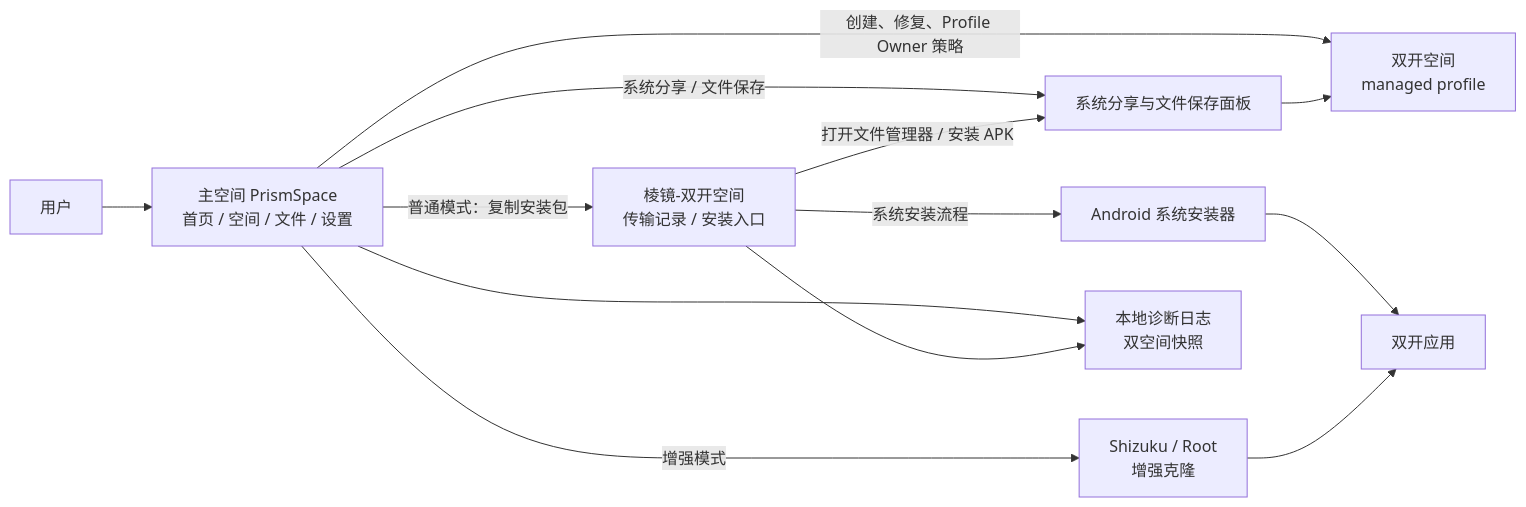
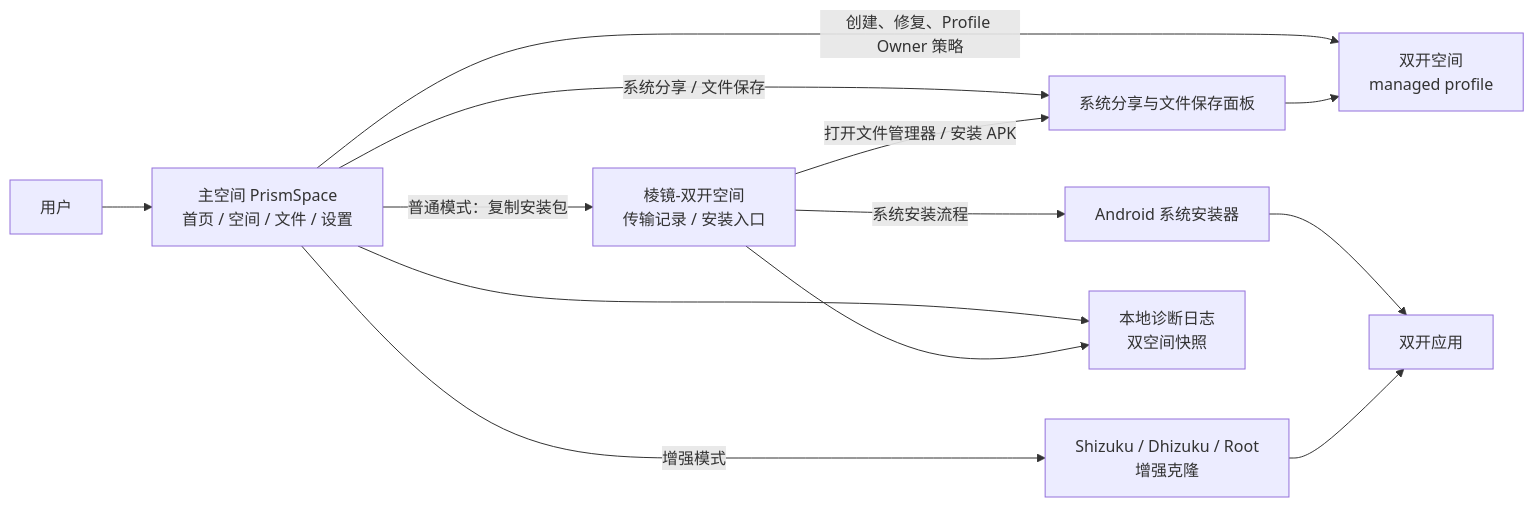
One commit to yanggeyyds/PrismSpace changed the diagram in README.md. Above: the diagram before and after it, drawn with Mermaid. The commit also changed other lines of this file and 1 other file, not shown here.

First line of the commit message:
docs: README 新增 Dhizuku 运行模式说明

````diff
--- a/README.md
+++ b/README.md
@@ -74,23 +75,23 @@
 ```mermaid
 flowchart LR
     User["用户"]
     Main["主空间 PrismSpace<br/>首页 / 空间 / 文件 / 设置"]
     Profile["双开空间<br/>managed profile"]
     Entry["棱镜-双开空间<br/>传输记录 / 安装入口"]
     Apps["双开应用"]
     Installer["Android 系统安装器"]
     Files["系统分享与文件保存面板"]
-    Privileged["Shizuku / Root<br/>增强克隆"]
+    Privileged["Shizuku / Dhizuku / Root<br/>增强克隆"]
     Diagnostics["本地诊断日志<br/>双空间快照"]
 
     User --> Main
     Main -- "创建、修复、Profile Owner 策略" --> Profile
     Main -- "普通模式：复制安装包" --> Entry
     Entry -- "系统安装流程" --> Installer
     Installer --> Apps
     Main -- "增强模式" --> Privileged --> Apps
     Main -- "系统分享 / 文件保存" --> Files --> Profile
     Entry -- "打开文件管理器 / 安装 APK" --> Files
     Main --> Diagnostics
     Entry --> Diagnostics
 ```
````
